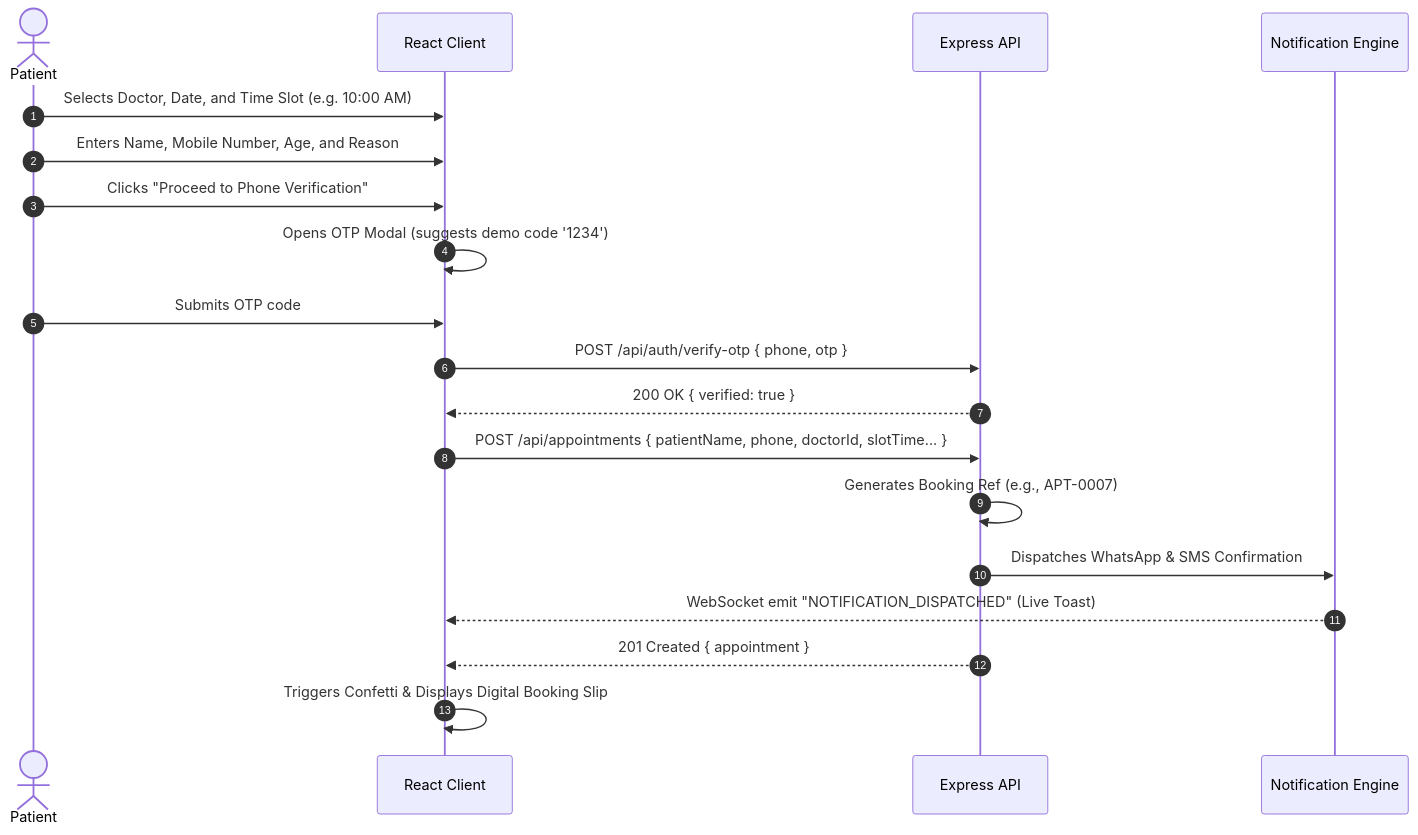
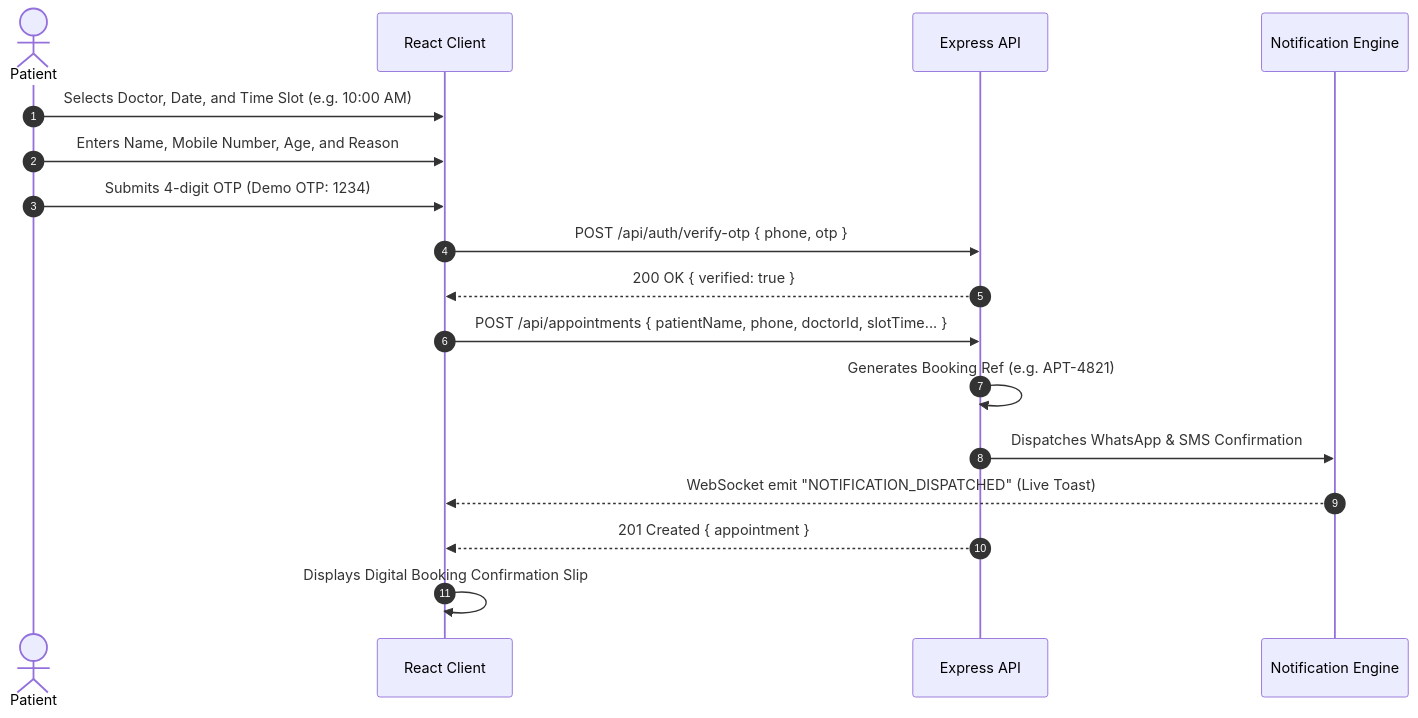
The third of 4 diagrams in PROJECT_DOCUMENTATION.md (harshbagwan/Major_Project), drawn with Mermaid before and after one commit. The commit also changed other lines of this file and 2 other files, not shown here.

Commit message:
docs: update GitHub README, architecture docs, and deployment guide for RBAC and presence

````diff
--- a/PROJECT_DOCUMENTATION.md
+++ b/PROJECT_DOCUMENTATION.md
@@ -153,22 +203,20 @@
 ```mermaid
 sequenceDiagram
     autonumber
     actor Patient
     participant Frontend as React Client
     participant Backend as Express API
     participant Notif as Notification Engine
 
     Patient->>Frontend: Selects Doctor, Date, and Time Slot (e.g. 10:00 AM)
     Patient->>Frontend: Enters Name, Mobile Number, Age, and Reason
-    Patient->>Frontend: Clicks "Proceed to Phone Verification"
-    Frontend->>Frontend: Opens OTP Modal (suggests demo code '1234')
-    Patient->>Frontend: Submits OTP code
+    Patient->>Frontend: Submits 4-digit OTP (Demo OTP: 1234)
     Frontend->>Backend: POST /api/auth/verify-otp { phone, otp }
     Backend-->>Frontend: 200 OK { verified: true }
     Frontend->>Backend: POST /api/appointments { patientName, phone, doctorId, slotTime... }
-    Backend->>Backend: Generates Booking Ref (e.g., APT-0007)
+    Backend->>Backend: Generates Booking Ref (e.g. APT-4821)
     Backend->>Notif: Dispatches WhatsApp & SMS Confirmation
     Notif-->>Frontend: WebSocket emit "NOTIFICATION_DISPATCHED" (Live Toast)
     Backend-->>Frontend: 201 Created { appointment }
-    Frontend->>Frontend: Triggers Confetti & Displays Digital Booking Slip
+    Frontend->>Frontend: Displays Digital Booking Confirmation Slip
 ```
````
